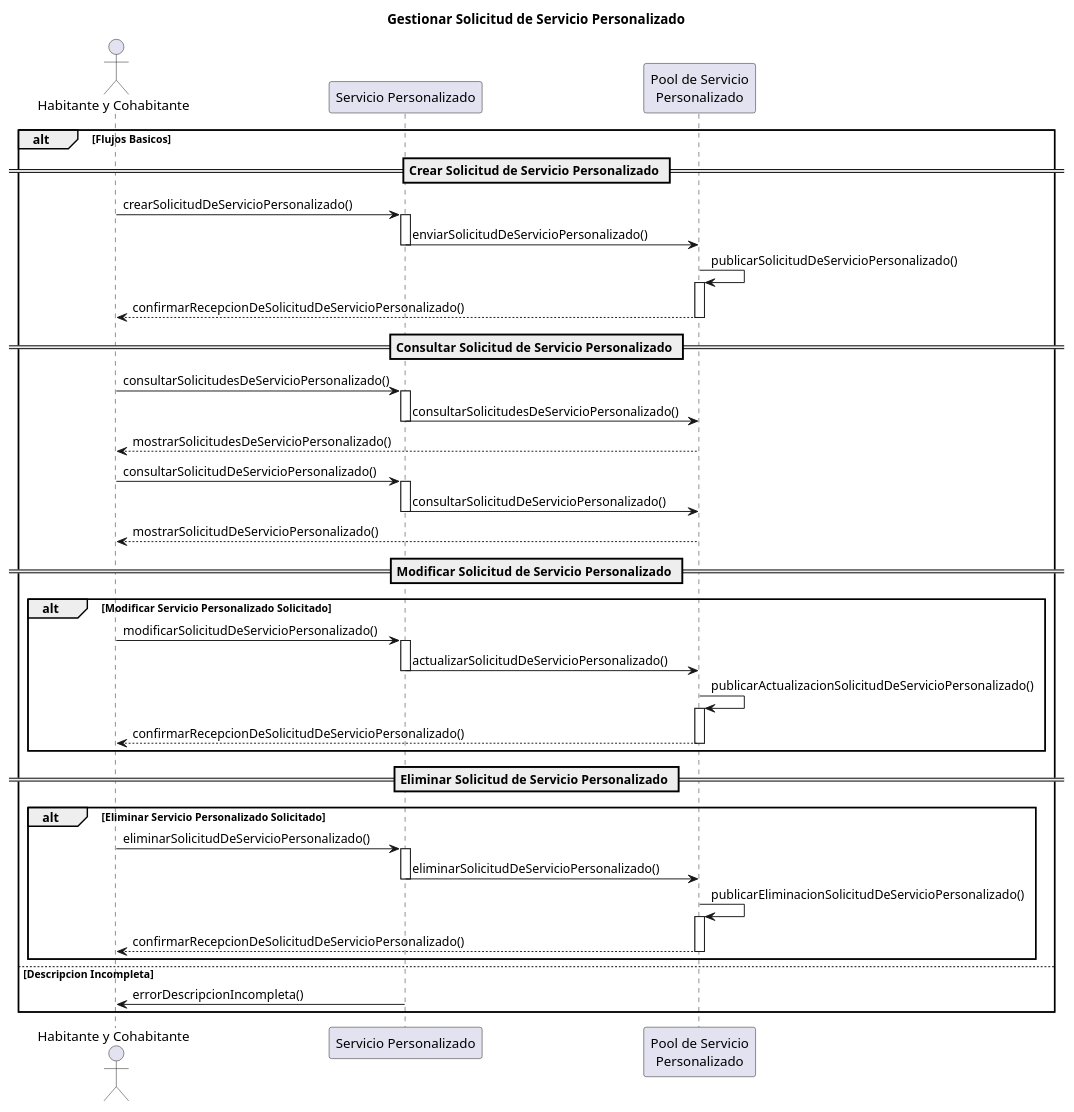
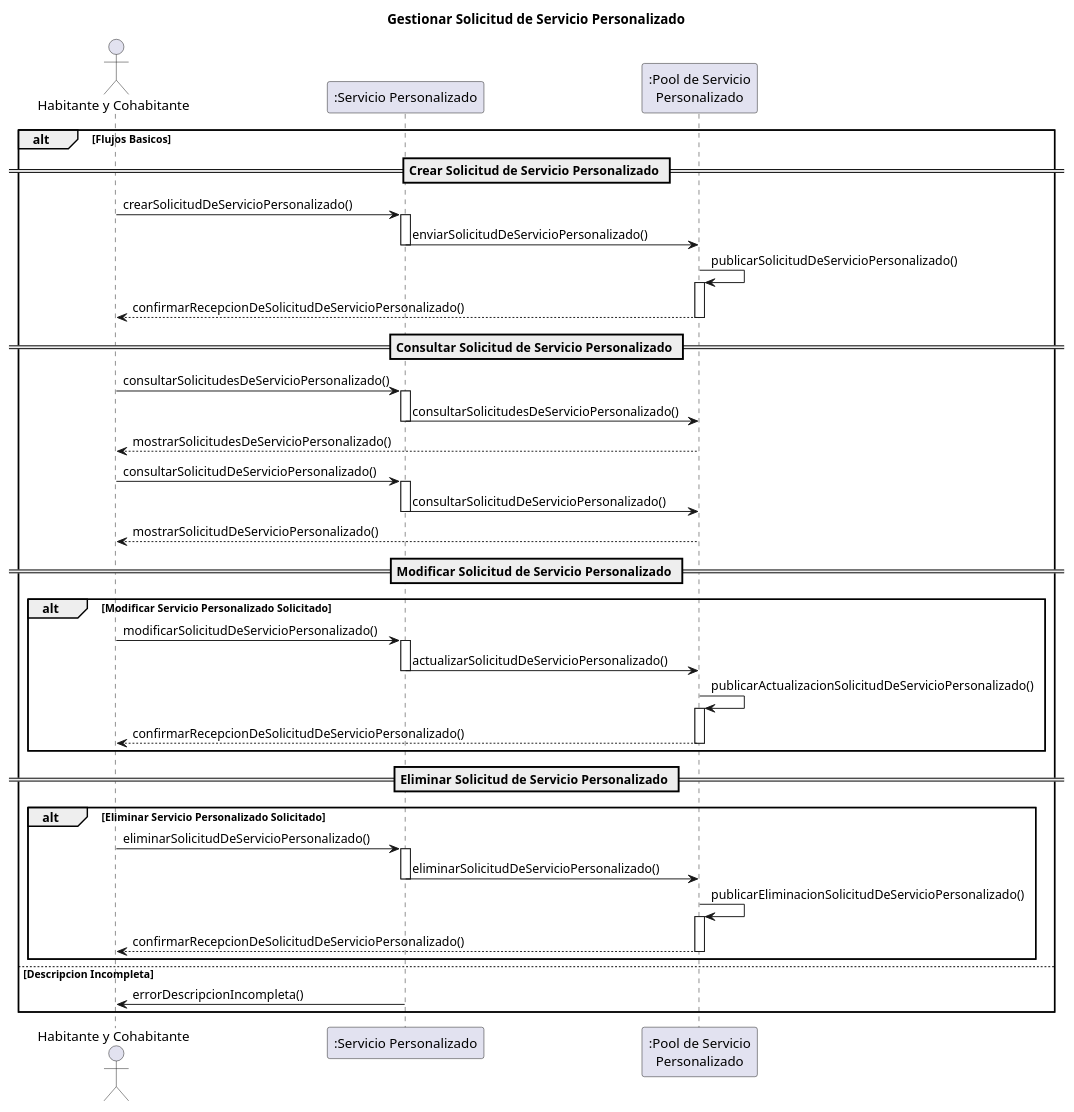
Before and after one commit to UPSA-Projects/docs-condominio: the diagram in docs/src/usecases/CU16/SD16.wsd, drawn with PlantUML. The commit also changed 6 other files, not shown here.

```diff
--- a/docs/src/usecases/CU16/SD16.wsd
+++ b/docs/src/usecases/CU16/SD16.wsd
@@ -1,69 +1,69 @@
 @startuml
 
 title Gestionar Solicitud de Servicio Personalizado
 
 actor "Habitante y Cohabitante" as Habitante
 
-participant "Servicio Personalizado" as Servicio
-participant "Pool de Servicio\nPersonalizado" as Pool
+participant ":Servicio Personalizado" as Servicio
+participant ":Pool de Servicio\nPersonalizado" as Pool
 
 alt Flujos Basicos
 ' CREAR
     == Crear Solicitud de Servicio Personalizado ==
     Habitante -> Servicio : crearSolicitudDeServicioPersonalizado()
     activate Servicio
     Servicio -> Pool : enviarSolicitudDeServicioPersonalizado()
     deactivate Servicio
     Pool -> Pool : publicarSolicitudDeServicioPersonalizado()
     activate Pool
     Pool --> Habitante : confirmarRecepcionDeSolicitudDeServicioPersonalizado()
     deactivate Pool
 
     ' QUERY
     == Consultar Solicitud de Servicio Personalizado ==
     Habitante -> Servicio : consultarSolicitudesDeServicioPersonalizado()
     activate Servicio
     Servicio -> Pool : consultarSolicitudesDeServicioPersonalizado()
     deactivate Servicio
     Pool --> Habitante : mostrarSolicitudesDeServicioPersonalizado()
     deactivate Pool
 
     Habitante -> Servicio : consultarSolicitudDeServicioPersonalizado()
     activate Servicio
     Servicio -> Pool : consultarSolicitudDeServicioPersonalizado()
     deactivate Servicio
     Pool --> Habitante : mostrarSolicitudDeServicioPersonalizado()
     deactivate Pool
 
 
 
     ' CAMINOS ALTERNATIVO
     == Modificar Solicitud de Servicio Personalizado ==
     alt Modificar Servicio Personalizado Solicitado
         Habitante -> Servicio : modificarSolicitudDeServicioPersonalizado()
         activate Servicio
         Servicio -> Pool : actualizarSolicitudDeServicioPersonalizado()
         deactivate Servicio
         Pool -> Pool : publicarActualizacionSolicitudDeServicioPersonalizado()
         activate Pool
         Pool --> Habitante : confirmarRecepcionDeSolicitudDeServicioPersonalizado()
         deactivate Pool
     end
 
     == Eliminar Solicitud de Servicio Personalizado ==
     alt Eliminar Servicio Personalizado Solicitado
         Habitante -> Servicio : eliminarSolicitudDeServicioPersonalizado()
         activate Servicio
         Servicio -> Pool : eliminarSolicitudDeServicioPersonalizado()
         deactivate Servicio
         Pool -> Pool : publicarEliminacionSolicitudDeServicioPersonalizado()
         activate Pool
         Pool --> Habitante : confirmarRecepcionDeSolicitudDeServicioPersonalizado()
         deactivate Pool
     end
 else Descripcion Incompleta
     Servicio -> Habitante : errorDescripcionIncompleta()
 end
 
 
 @enduml
```
